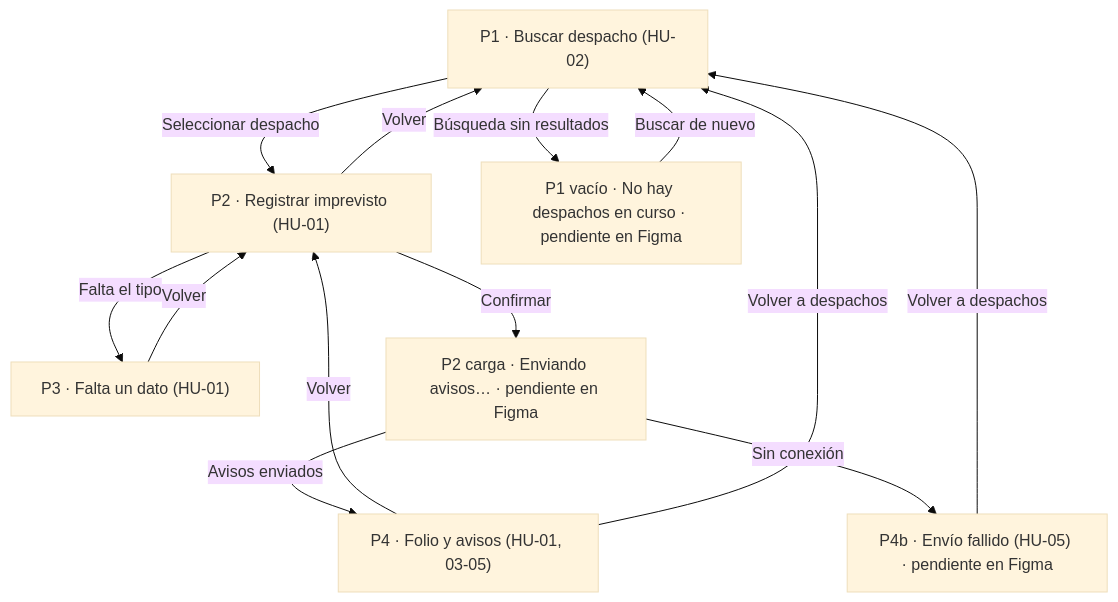
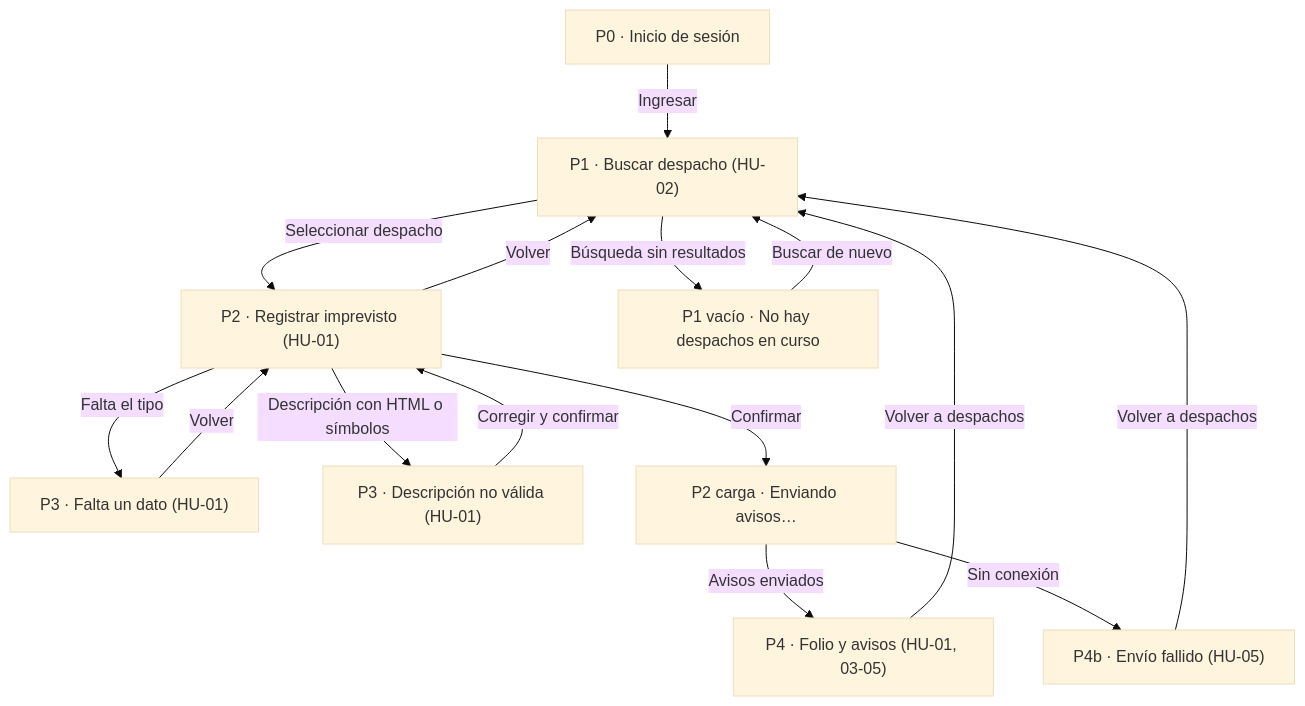
Before and after one commit to macarenavaldiviesoc/Grupo_4: the diagram in docs/prototipo.md, drawn with Mermaid (base theme). The commit also changed other lines of this file and 14 other files, not shown here.

````diff
--- a/docs/prototipo.md
+++ b/docs/prototipo.md
@@ -12,23 +14,27 @@
 ```mermaid
 flowchart TD
+    P0["P0 · Inicio de sesión"]
     P1["P1 · Buscar despacho (HU-02)"]
     P2["P2 · Registrar imprevisto (HU-01)"]
     P3["P3 · Falta un dato (HU-01)"]
+    P3d["P3 · Descripción no válida (HU-01)"]
     P4["P4 · Folio y avisos (HU-01, 03-05)"]
-    P4b["P4b · Envío fallido (HU-05) · pendiente en Figma"]
-    P1v["P1 vacío · No hay despachos en curso · pendiente en Figma"]
-    P2c["P2 carga · Enviando avisos… · pendiente en Figma"]
+    P4b["P4b · Envío fallido (HU-05)"]
+    P1v["P1 vacío · No hay despachos en curso"]
+    P2c["P2 carga · Enviando avisos…"]
 
+    P0 -- Ingresar --> P1
     P1 -- Búsqueda sin resultados --> P1v
     P1v -- Buscar de nuevo --> P1
     P1 -- Seleccionar despacho --> P2
     P2 -- Confirmar --> P2c
     P2c -- Avisos enviados --> P4
     P2 -- Falta el tipo --> P3
     P3 -- Volver --> P2
+    P2 -- Descripción con HTML o símbolos --> P3d
+    P3d -- Corregir y confirmar --> P2
     P2 -- Volver --> P1
     P2c -- Sin conexión --> P4b
-    P4 -- Volver --> P2
     P4 -- Volver a despachos --> P1
     P4b -- Volver a despachos --> P1
 ```
````
